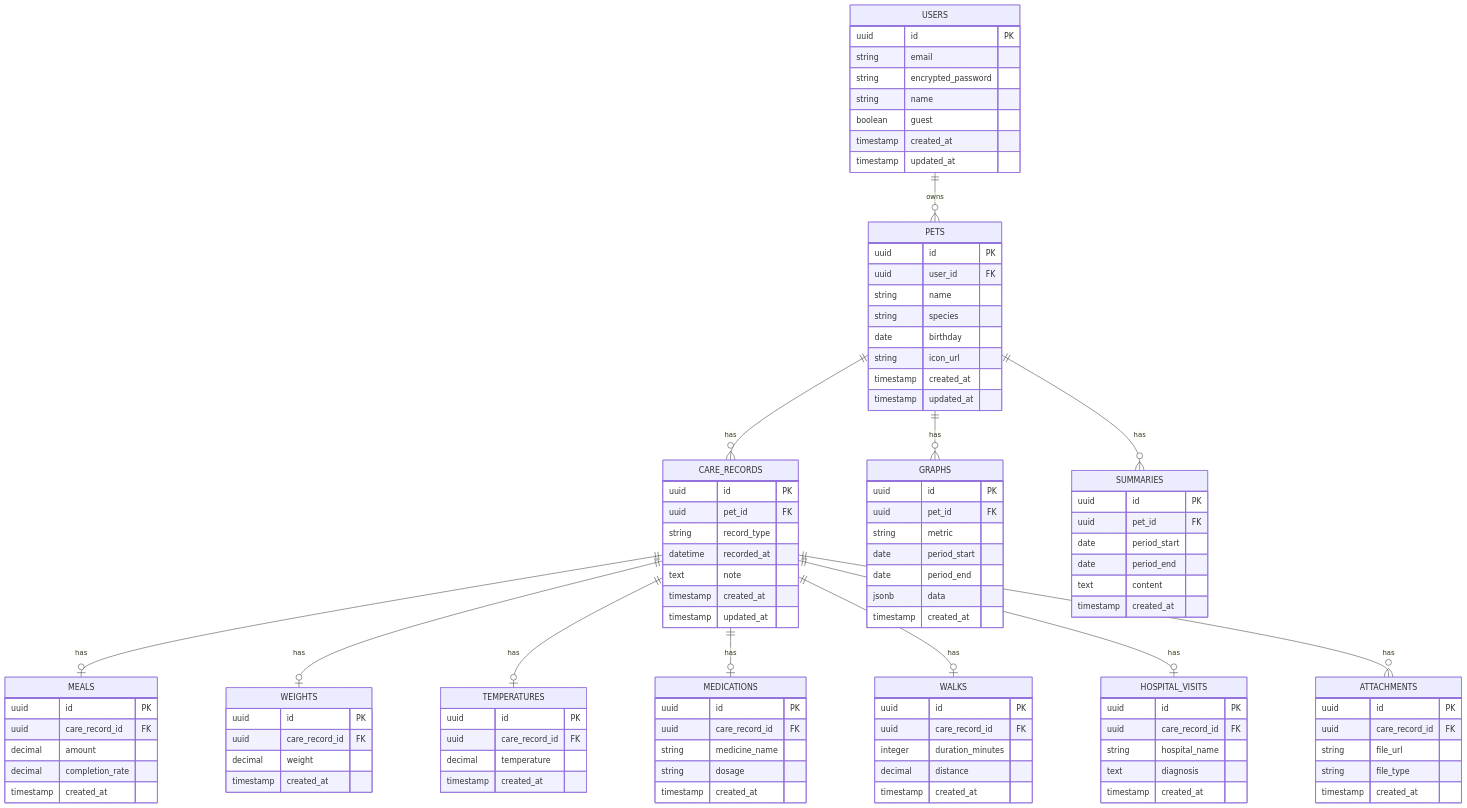
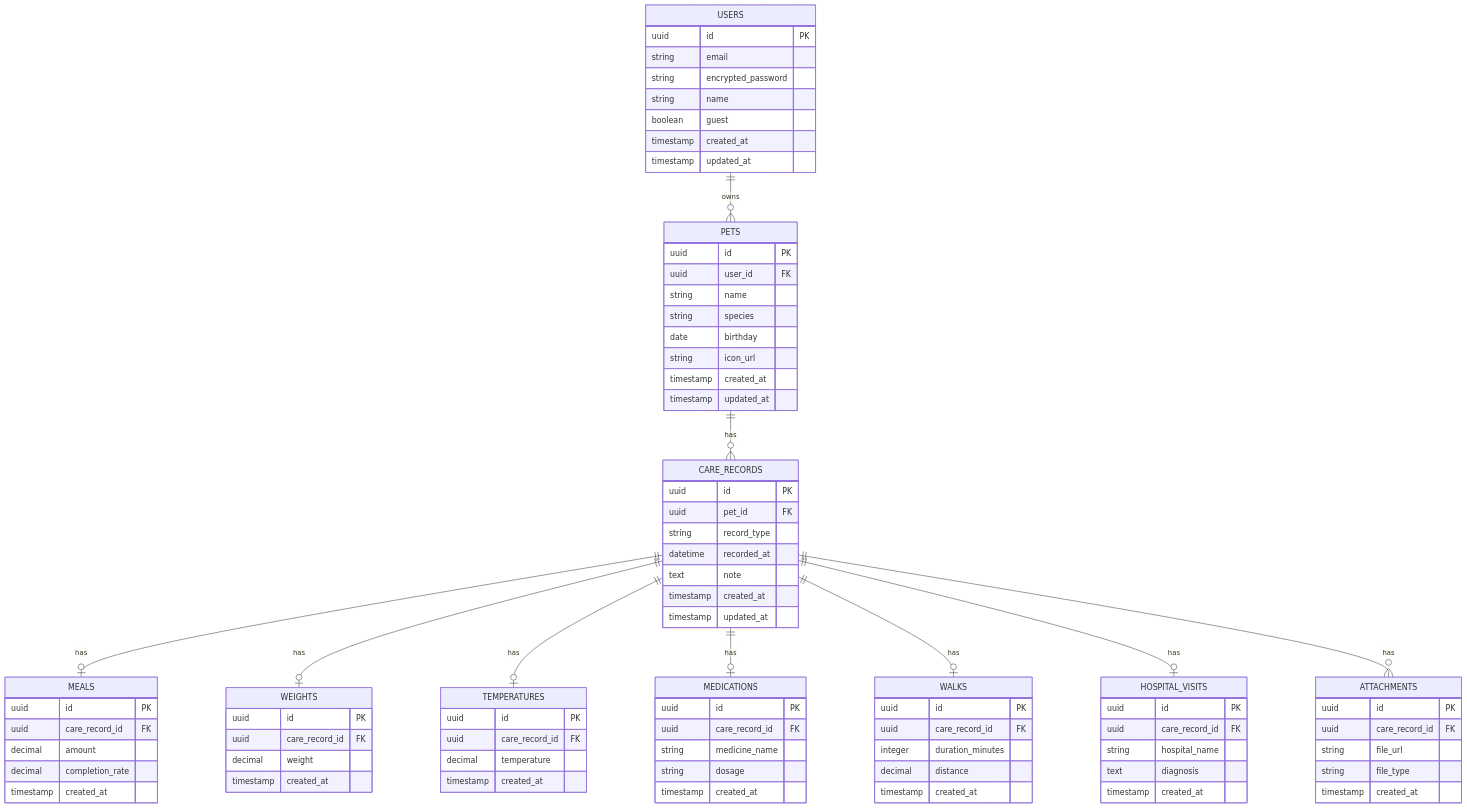
Before and after one commit to mryac-g/pet_health: the diagram in README.md, drawn with Mermaid.

Commit message:
fix: MVPで永続化しないGRAPHS/SUMMARIESテーブルをER図から削除
MVPのグラフ化・簡易サマリー出力はどちらも都度集計・生成して画面表示するのみで、
DBへの永続化は行わない(サマリーはクリップボードコピー、グラフは端末への保存を想定)。
アプリ内保存(DB永続化)は本リリースの機能として改めて設計する。

````diff
--- a/README.md
+++ b/README.md
@@ -227,8 +227,6 @@
   CARE_RECORDS ||--o| WALKS : has
   CARE_RECORDS ||--o| HOSPITAL_VISITS : has
   CARE_RECORDS ||--o{ ATTACHMENTS : has
-  PETS ||--o{ GRAPHS : has
-  PETS ||--o{ SUMMARIES : has
 
   USERS {
     uuid id PK
@@ -314,23 +312,4 @@
     string file_type
     timestamp created_at
   }
-
-  GRAPHS {
-    uuid id PK
-    uuid pet_id FK
-    string metric
-    date period_start
-    date period_end
-    jsonb data
-    timestamp created_at
-  }
-
-  SUMMARIES {
-    uuid id PK
-    uuid pet_id FK
-    date period_start
-    date period_end
-    text content
-    timestamp created_at
-  }
 ```
````
